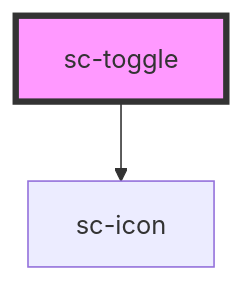
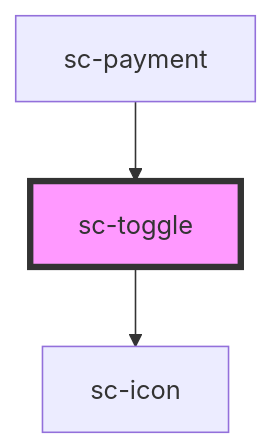
The diagram in packages/components/src/components/ui/sc-toggle/readme.md (surecart/surecart-wp-plugin), drawn with Mermaid before and after one commit. The commit also changed other lines of this file and 33 other files, not shown here.

````diff
--- a/packages/components/src/components/ui/sc-toggle/readme.md
+++ b/packages/components/src/components/ui/sc-toggle/readme.md
@@ -45,5 +53,6 @@
 ```mermaid
 graph TD;
   sc-toggle --> sc-icon
+  sc-payment --> sc-toggle
   style sc-toggle fill:#f9f,stroke:#333,stroke-width:4px
 ```
````
